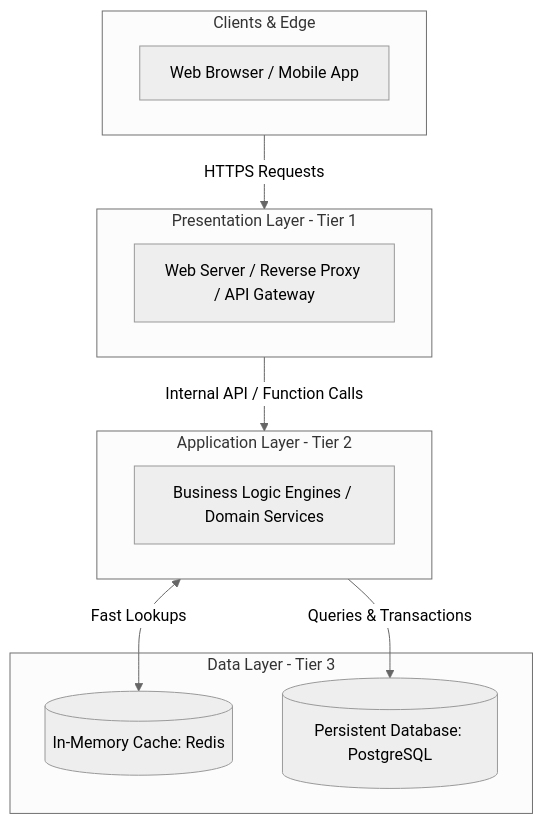
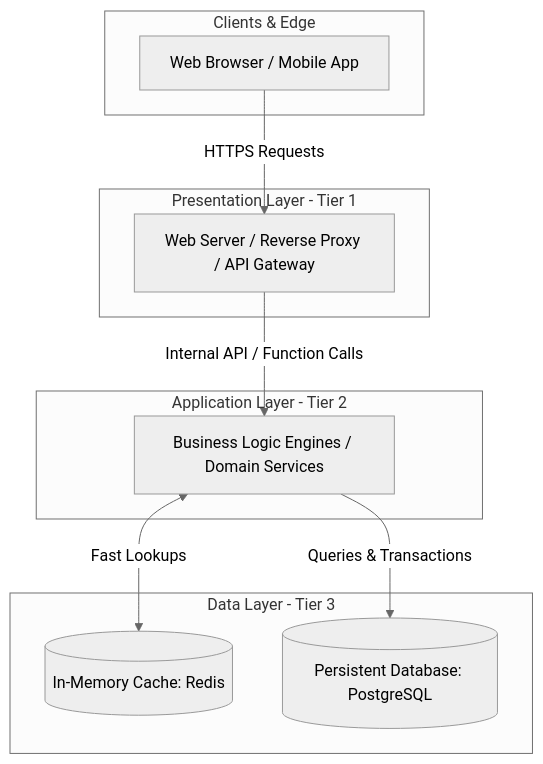
Before and after one commit to Sujalkathait/high-level-design: the diagram in 02-architecture/n-tier.md, drawn with Mermaid (neutral theme). The commit also changed 10 other files, not shown here.

Commit message:
feat: add comprehensive server.md master guide, modular monolith doc, and fix Mermaid diagram bugs

````diff
--- a/02-architecture/n-tier.md
+++ b/02-architecture/n-tier.md
@@ -16,24 +16,24 @@
 ```mermaid
 flowchart TD
     subgraph ClientDevices ["Clients & Edge"]
         Browser["Web Browser / Mobile App"]
     end
 
     subgraph PresentationTier ["Presentation Layer - Tier 1"]
         WebUI["Web Server / Reverse Proxy / API Gateway"]
     end
 
     subgraph AppTier ["Application Layer - Tier 2"]
         BizLogic["Business Logic Engines / Domain Services"]
     end
 
     subgraph DataTier ["Data Layer - Tier 3"]
         Cache[("In-Memory Cache: Redis")]
         DB[("Persistent Database: PostgreSQL")]
     end
 
-    ClientDevices -->|HTTPS Requests| PresentationTier
-    PresentationTier -->|Internal API / Function Calls| AppTier
-    AppTier <-->|Fast Lookups| Cache
-    AppTier -->|Queries & Transactions| DB
+    Browser -->|HTTPS Requests| WebUI
+    WebUI -->|Internal API / Function Calls| BizLogic
+    BizLogic <-->|Fast Lookups| Cache
+    BizLogic -->|Queries & Transactions| DB
 ```
````
